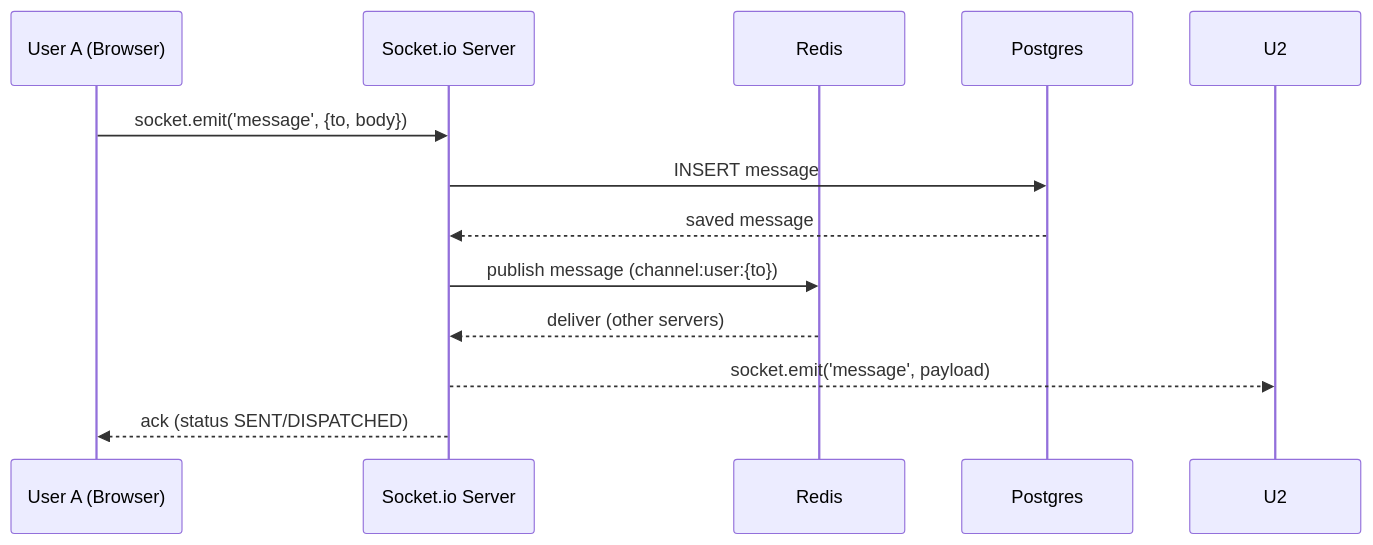
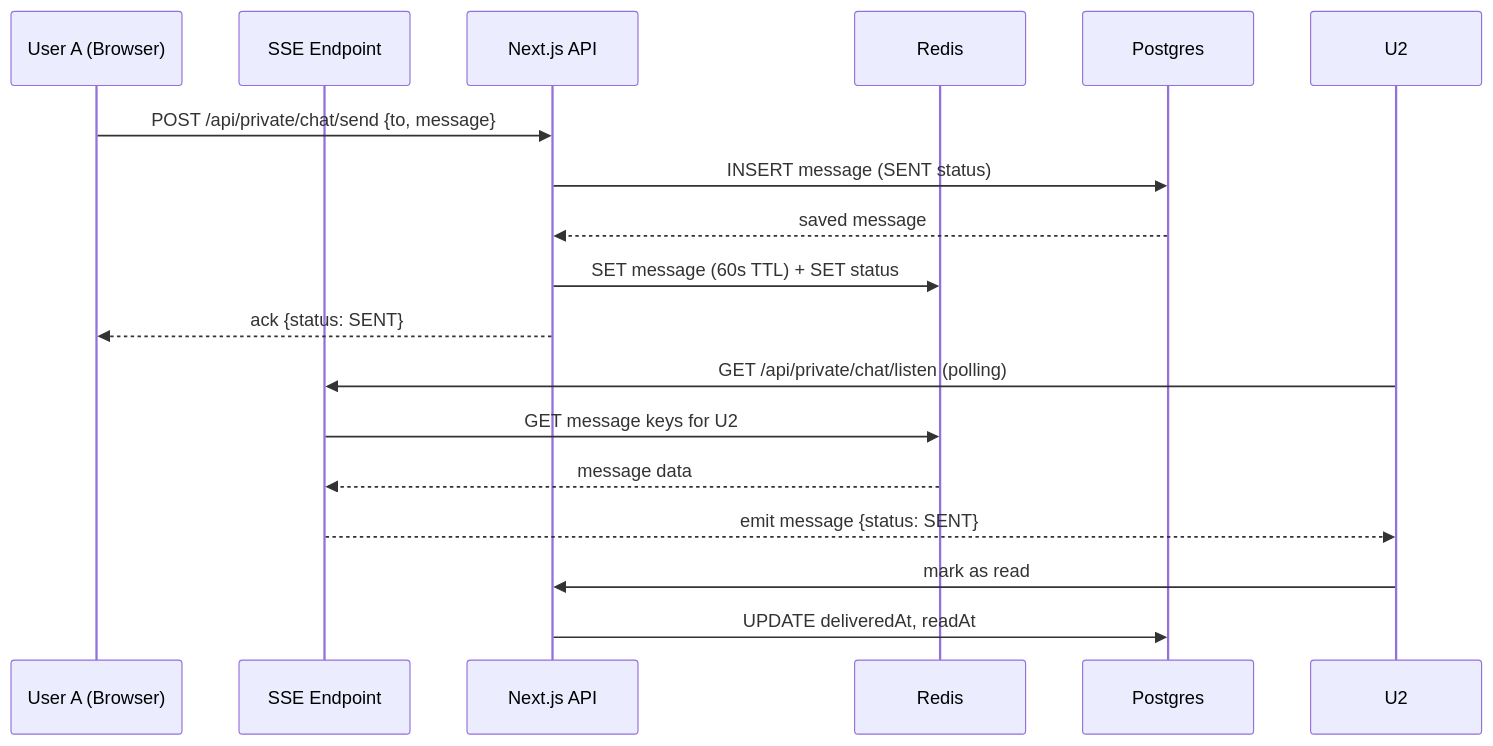
The third of 4 diagrams in dossier-certification/04-developpement/README.md (CLecart/social-network), drawn with Mermaid before and after one commit. The commit also changed other lines of this file and 3 other files, not shown here.

````diff
--- a/dossier-certification/04-developpement/README.md
+++ b/dossier-certification/04-developpement/README.md
@@ -80,15 +80,20 @@
 ```mermaid
 sequenceDiagram
   participant U1 as User A (Browser)
-  participant S as Socket.io Server
+  participant SSE as SSE Endpoint
+  participant API as Next.js API
   participant R as Redis
   participant DB as Postgres
 
-  U1->>S: socket.emit('message', {to, body})
-  S->>DB: INSERT message
-  DB-->>S: saved message
-  S->>R: publish message (channel:user:{to})
-  R-->>S: deliver (other servers)
-  S-->>U2: socket.emit('message', payload)
-  S-->>U1: ack (status SENT/DISPATCHED)
+  U1->>API: POST /api/private/chat/send {to, message}
+  API->>DB: INSERT message (SENT status)
+  DB-->>API: saved message
+  API->>R: SET message (60s TTL) + SET status
+  API-->>U1: ack {status: SENT}
+  U2->>SSE: GET /api/private/chat/listen (polling)
+  SSE->>R: GET message keys for U2
+  R-->>SSE: message data
+  SSE-->>U2: emit message {status: SENT}
+  U2->>API: mark as read
+  API->>DB: UPDATE deliveredAt, readAt
 ```
````
